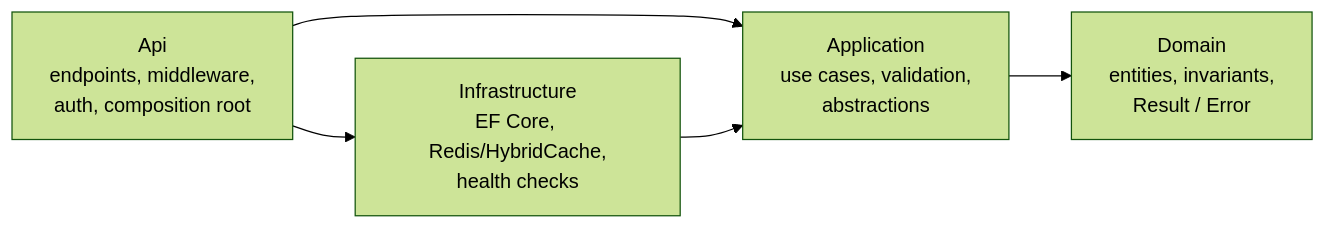
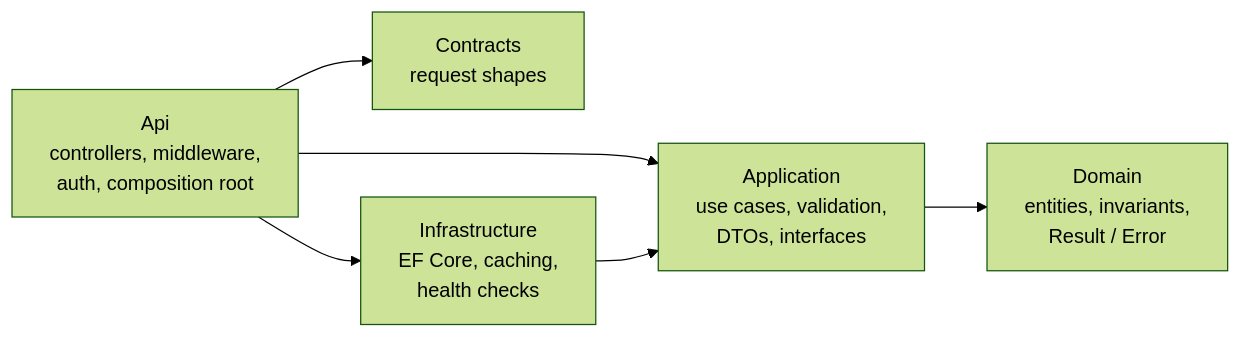
One commit to MohammadSalemKhalaf/CleanArchitecture-Template changed the diagram in README.md. Above: the diagram before and after it, drawn with Mermaid (forest theme). The commit also changed other lines of this file and 187 other files, not shown here.

````diff
--- a/README.md
+++ b/README.md
@@ -33,8 +60,9 @@
 ```mermaid
 flowchart LR
-    Api["Api<br/>endpoints, middleware,<br/>auth, composition root"] --> Application
+    Api["Api<br/>controllers, middleware,<br/>auth, composition root"] --> Application
+    Api --> Contracts["Contracts<br/>request shapes"]
     Api --> Infrastructure
-    Infrastructure["Infrastructure<br/>EF Core, Redis/HybridCache,<br/>health checks"] --> Application
-    Application["Application<br/>use cases, validation,<br/>abstractions"] --> Domain
+    Infrastructure["Infrastructure<br/>EF Core, caching,<br/>health checks"] --> Application
+    Application["Application<br/>use cases, validation,<br/>DTOs, interfaces"] --> Domain
     Domain["Domain<br/>entities, invariants,<br/>Result / Error"]
 ```
````
